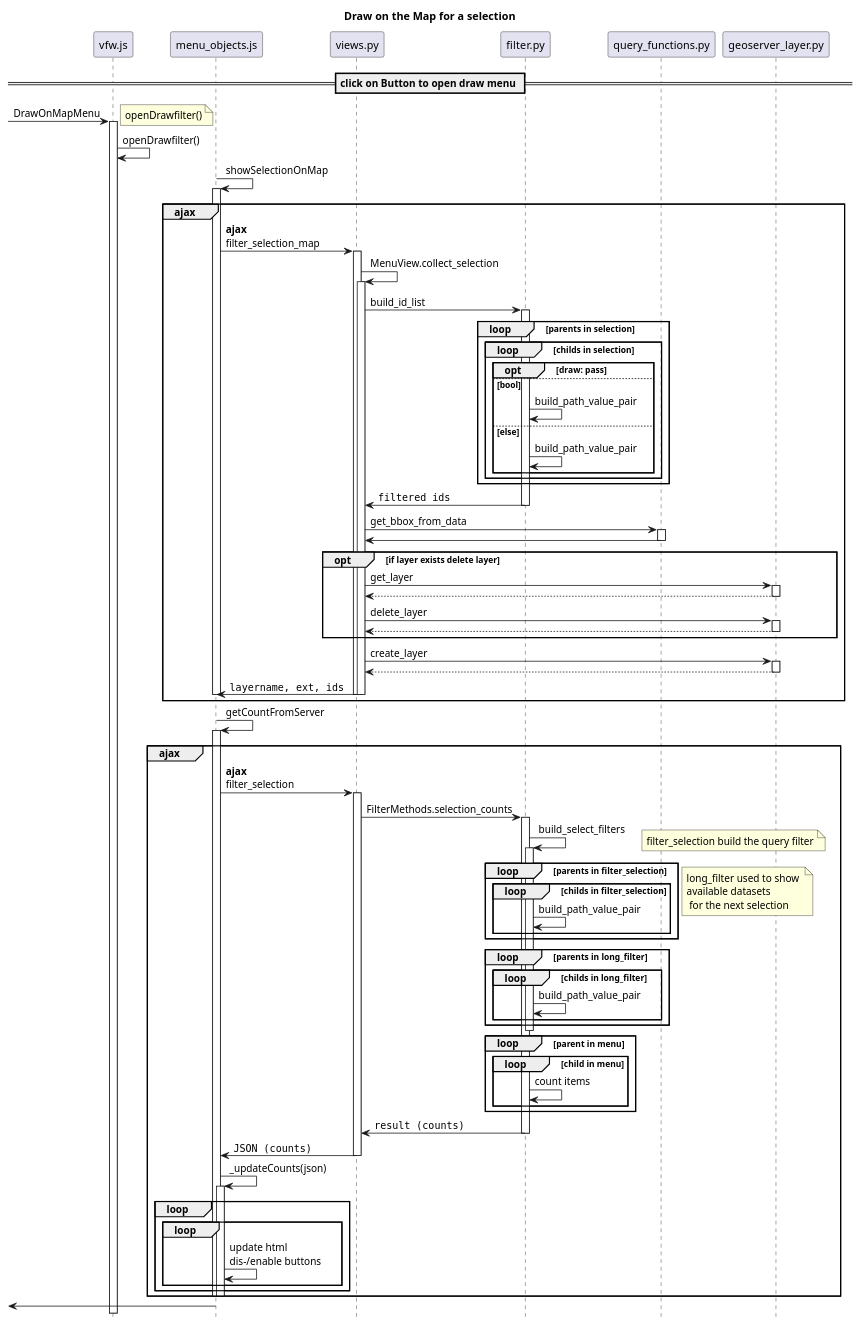
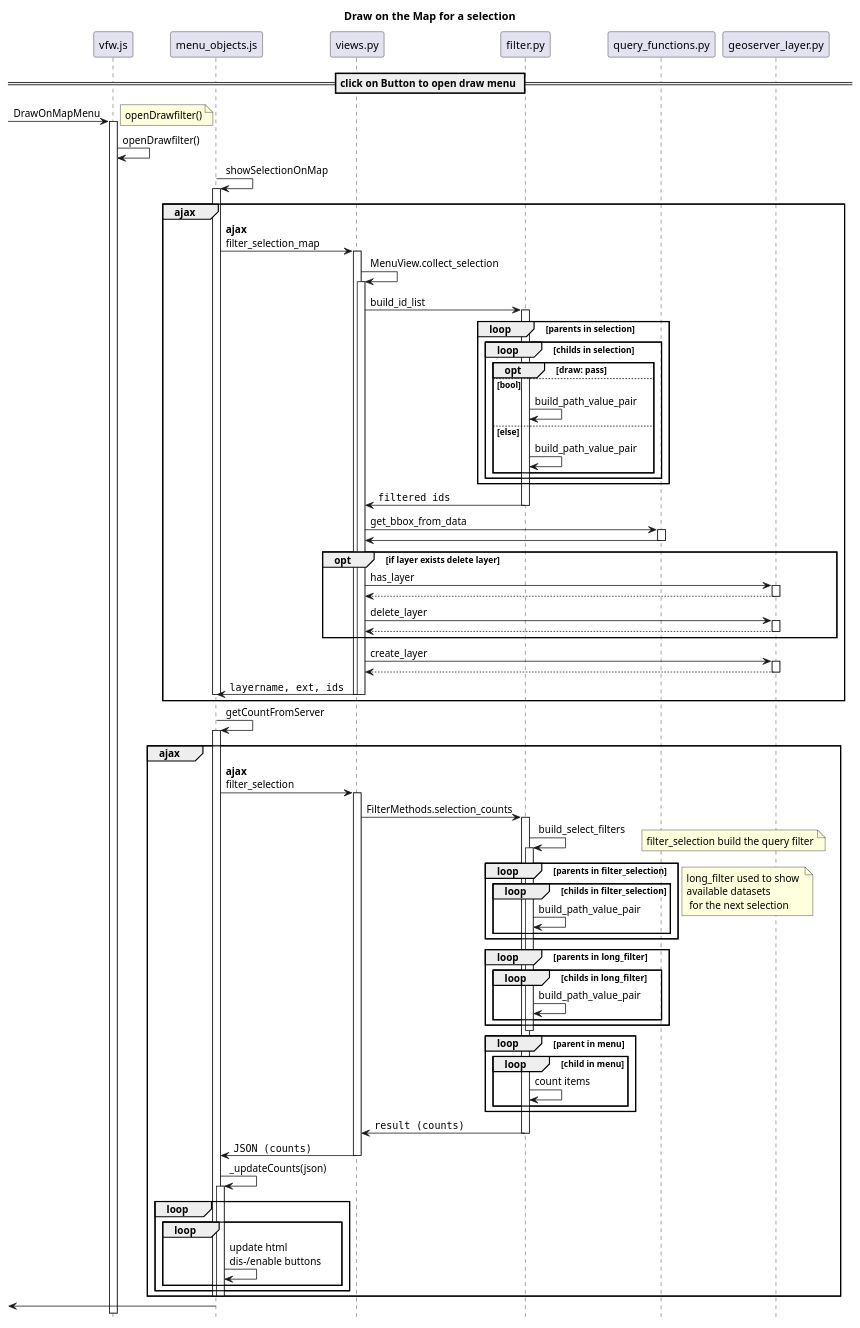
One commit to VForWaTer/vforwater-portal changed the diagram in diagrams/drawOnMapMenu.puml. Above: the diagram before and after it, drawn with PlantUML. The commit also changed 7 other files, not shown here.

Commit message:
change name of function get_layer to the more appropriate has_layer

```diff
--- a/diagrams/drawOnMapMenu.puml
+++ b/diagrams/drawOnMapMenu.puml
@@ -1,90 +1,90 @@
 @startuml
 title Draw on the Map for a selection
 
 hide footbox
 
 
 == click on Button to open draw menu ==
 [-> vfw.js ++: DrawOnMapMenu
 note left: openDrawfilter()
 vfw.js -> vfw.js: openDrawfilter()
 
 
 
 
 ' checkSiblings checks what is clicked
 menu_objects.js -> menu_objects.js ++: showSelectionOnMap
 group ajax
 menu_objects.js -> views.py ++: **ajax**\nfilter_selection_map
 views.py -> views.py ++: MenuView.collect_selection
 views.py -> filter.py ++: build_id_list
 loop parents in selection
     loop childs in selection
         opt draw: pass
         else bool
             filter.py -> filter.py: build_path_value_pair
         else else
             filter.py -> filter.py: build_path_value_pair
         end
     end
 end
 views.py <- filter.py : ""filtered ids""
 deactivate filter.py
 views.py -> query_functions.py ++: get_bbox_from_data
 views.py <- query_functions.py --
 opt if layer exists delete layer
-    views.py -> geoserver_layer.py ++: get_layer
+    views.py -> geoserver_layer.py ++: has_layer
     return
 
     views.py -> geoserver_layer.py ++: delete_layer
     return
 end
 views.py -> geoserver_layer.py ++: create_layer
 return
 menu_objects.js <- views.py --: ""layername, ext, ids""
 deactivate views.py
 deactivate menu_objects.js
 end
 
 menu_objects.js -> menu_objects.js ++: getCountFromServer
 group ajax
 menu_objects.js -> views.py ++: **ajax**\nfilter_selection
 views.py -> filter.py ++: FilterMethods.selection_counts
 filter.py -> filter.py ++: build_select_filters
 loop parents in filter_selection
 note right: filter_selection build the query filter
     loop childs in filter_selection
         filter.py -> filter.py: build_path_value_pair
     end
 end
 
 loop parents in long_filter
     loop childs in long_filter
 note left: long_filter used to show \navailable datasets\n for the next selection
         filter.py -> filter.py: build_path_value_pair
     end
 end
 deactivate filter.py
 
 loop parent in menu
     loop child in menu
         filter.py -> filter.py: count items
     end
 end
 views.py <- filter.py --: ""result (counts)""
 menu_objects.js <- views.py --: ""JSON (counts)""
 menu_objects.js -> menu_objects.js ++: _updateCounts(json)
 loop
     loop
         menu_objects.js -> menu_objects.js: update html \ndis-/enable buttons
     end
 end
 deactivate menu_objects.js
 deactivate menu_objects.js
 deactivate menu_objects.js
 end
 [<- menu_objects.js
 
 
 
 @enduml
```
